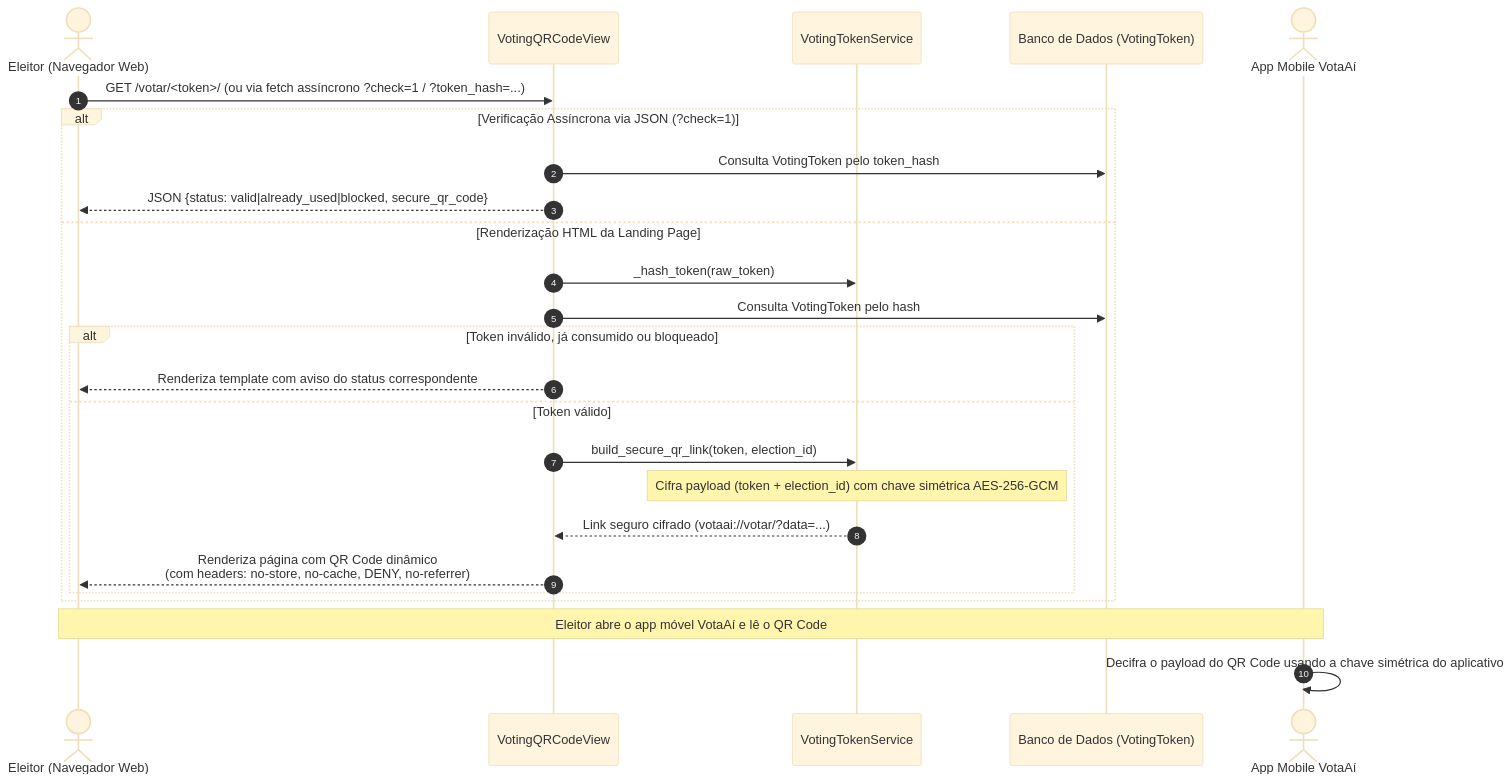
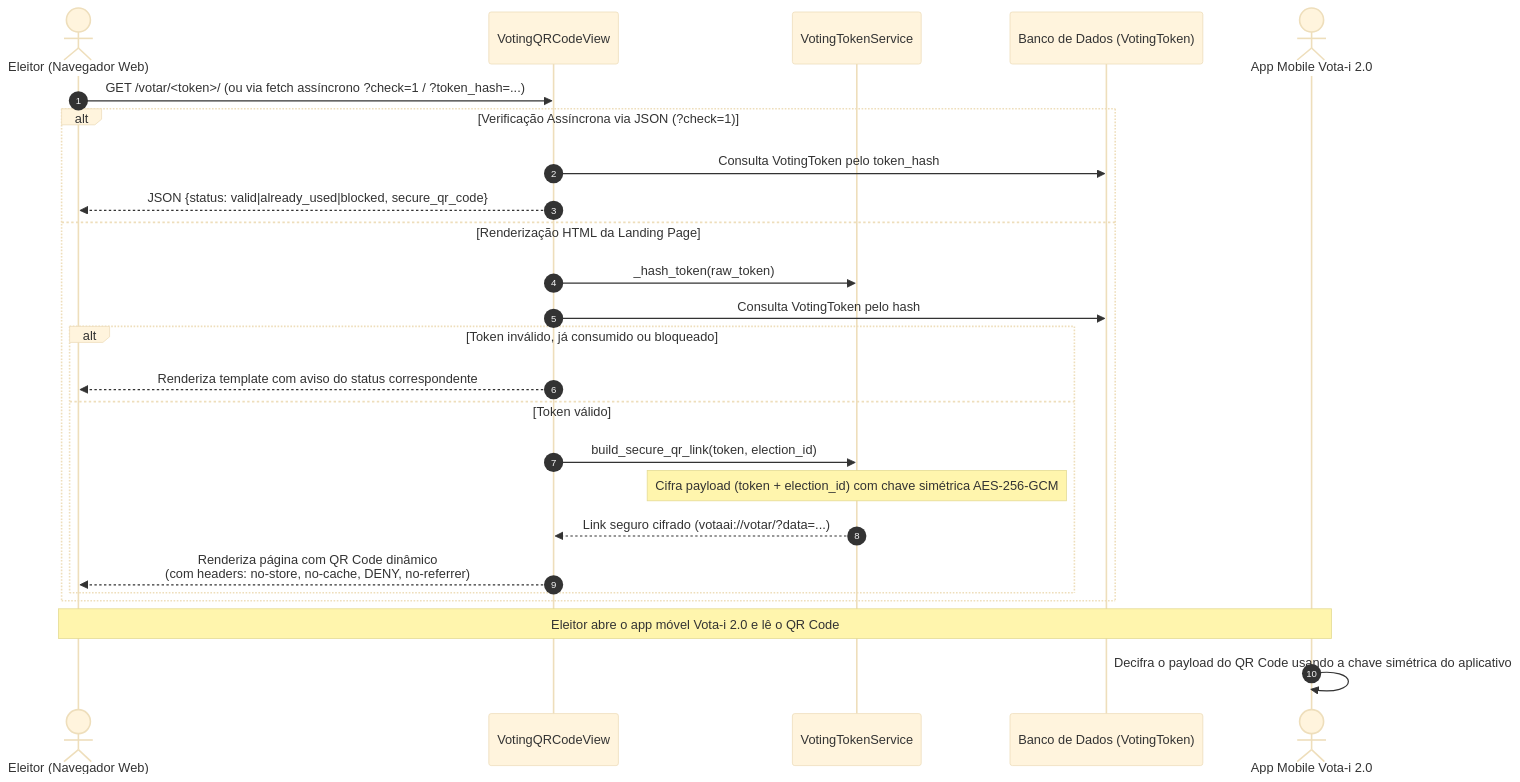
Before and after one commit to laribrito/votaai-backend: the tenth of 15 diagrams in README.md, drawn with Mermaid (base theme). The commit also changed other lines of this file and 8 other files, not shown here.

````diff
--- a/README.md
+++ b/README.md
@@ -366,28 +366,28 @@
 ```mermaid
 sequenceDiagram
     autonumber
     actor Eleitor as Eleitor (Navegador Web)
     participant QRView as VotingQRCodeView
     participant TokenService as VotingTokenService
     participant DB as Banco de Dados (VotingToken)
-    actor Mobile as App Mobile VotaAí
+    actor Mobile as App Mobile Vota-i 2.0
 
     Eleitor->>QRView: GET /votar/<token>/ (ou via fetch assíncrono ?check=1 / ?token_hash=...)
     alt Verificação Assíncrona via JSON (?check=1)
         QRView->>DB: Consulta VotingToken pelo token_hash
         QRView-->>Eleitor: JSON {status: valid|already_used|blocked, secure_qr_code}
     else Renderização HTML da Landing Page
         QRView->>TokenService: _hash_token(raw_token)
         QRView->>DB: Consulta VotingToken pelo hash
         alt Token inválido, já consumido ou bloqueado
             QRView-->>Eleitor: Renderiza template com aviso do status correspondente
         else Token válido
             QRView->>TokenService: build_secure_qr_link(token, election_id)
             Note over TokenService: Cifra payload (token + election_id) com chave simétrica AES-256-GCM
             TokenService-->>QRView: Link seguro cifrado (votaai://votar/?data=...)
             QRView-->>Eleitor: Renderiza página com QR Code dinâmico<br/>(com headers: no-store, no-cache, DENY, no-referrer)
         end
     end
-    Note over Eleitor,Mobile: Eleitor abre o app móvel VotaAí e lê o QR Code
+    Note over Eleitor,Mobile: Eleitor abre o app móvel Vota-i 2.0 e lê o QR Code
     Mobile->>Mobile: Decifra o payload do QR Code usando a chave simétrica do aplicativo
 ```
````
